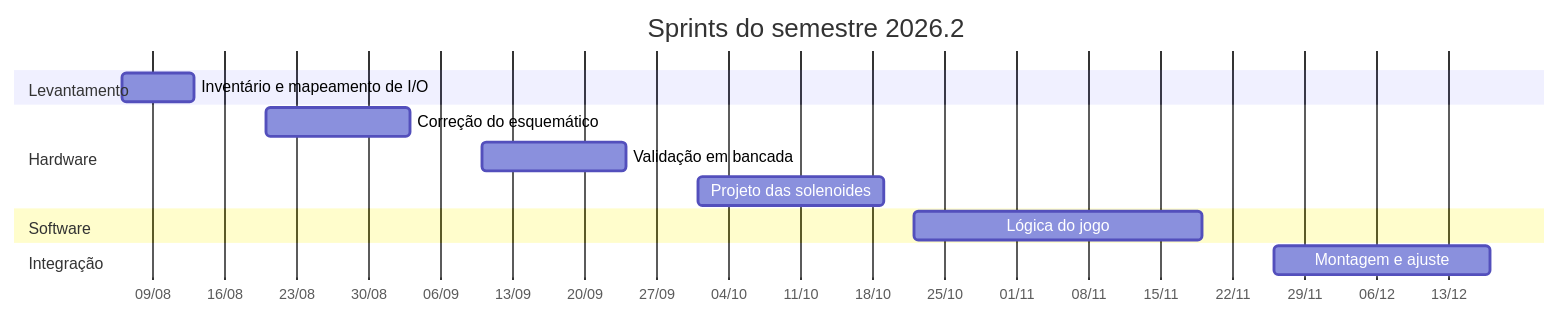
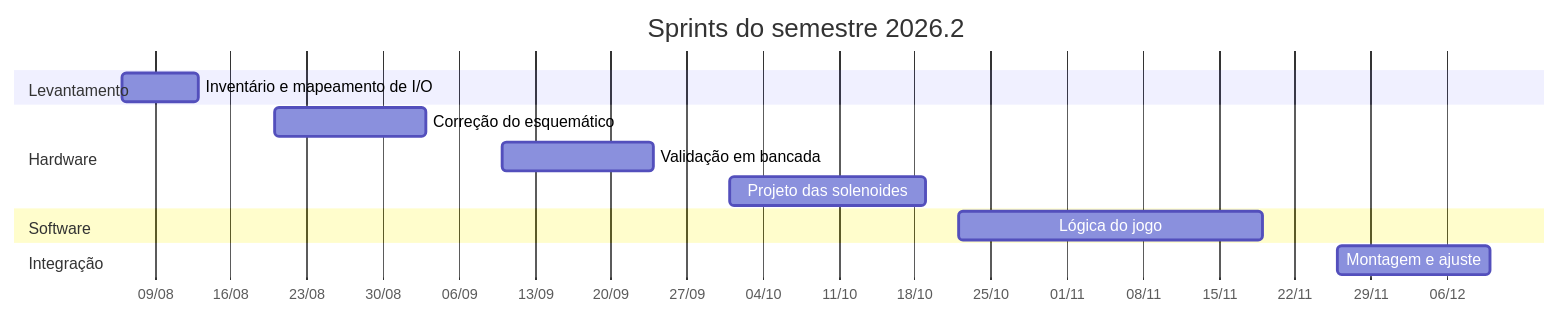
Before and after one commit to vgguerra/PJI-II-Pinball: the diagram in docs/10-plano-do-semestre.md, drawn with Mermaid. The commit also changed other lines of this file, not shown here.

````diff
--- a/docs/10-plano-do-semestre.md
+++ b/docs/10-plano-do-semestre.md
@@ -191,20 +202,20 @@
 ```mermaid
 gantt
     dateFormat YYYY-MM-DD
     axisFormat %d/%m
     title Sprints do semestre 2026.2
 
     section Levantamento
     Inventário e mapeamento de I/O      :s0, 2026-08-06, 2026-08-13
 
     section Hardware
     Correção do esquemático             :s1, 2026-08-20, 2026-09-03
     Validação em bancada                :s2, 2026-09-10, 2026-09-24
     Projeto das solenoides              :s3, 2026-10-01, 2026-10-19
 
     section Software
     Lógica do jogo                      :s4, 2026-10-22, 2026-11-19
 
     section Integração
-    Montagem e ajuste                   :s5, 2026-11-26, 2026-12-17
+    Montagem e ajuste                   :s5, 2026-11-26, 2026-12-10
 ```
````
